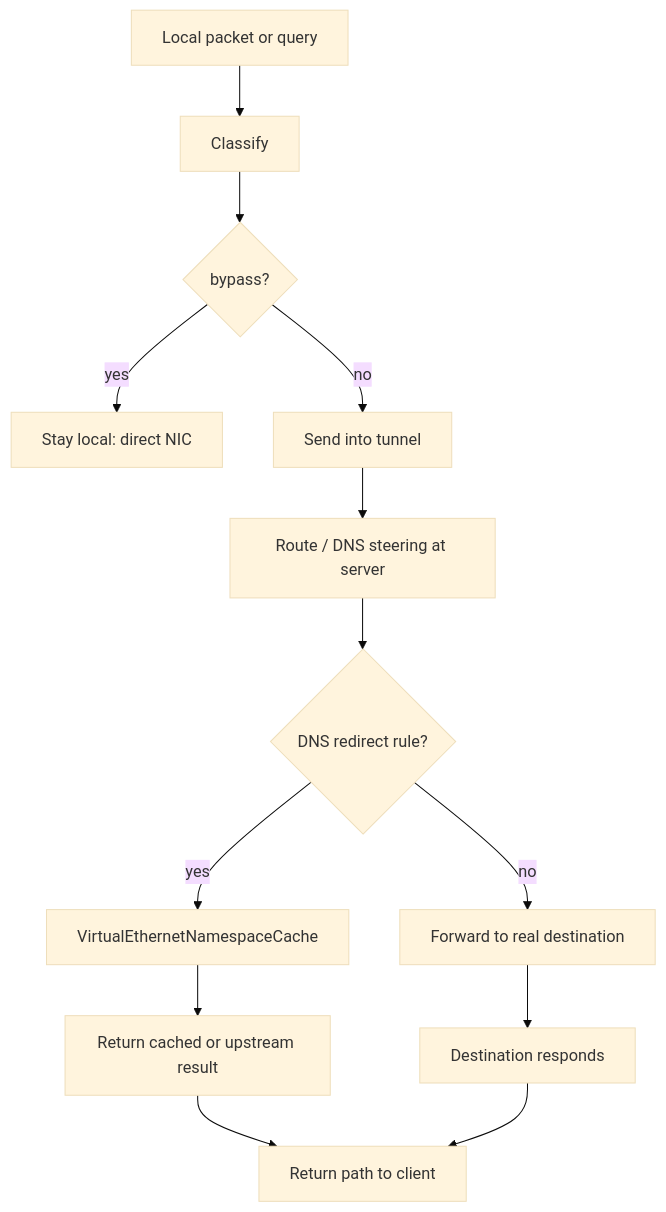
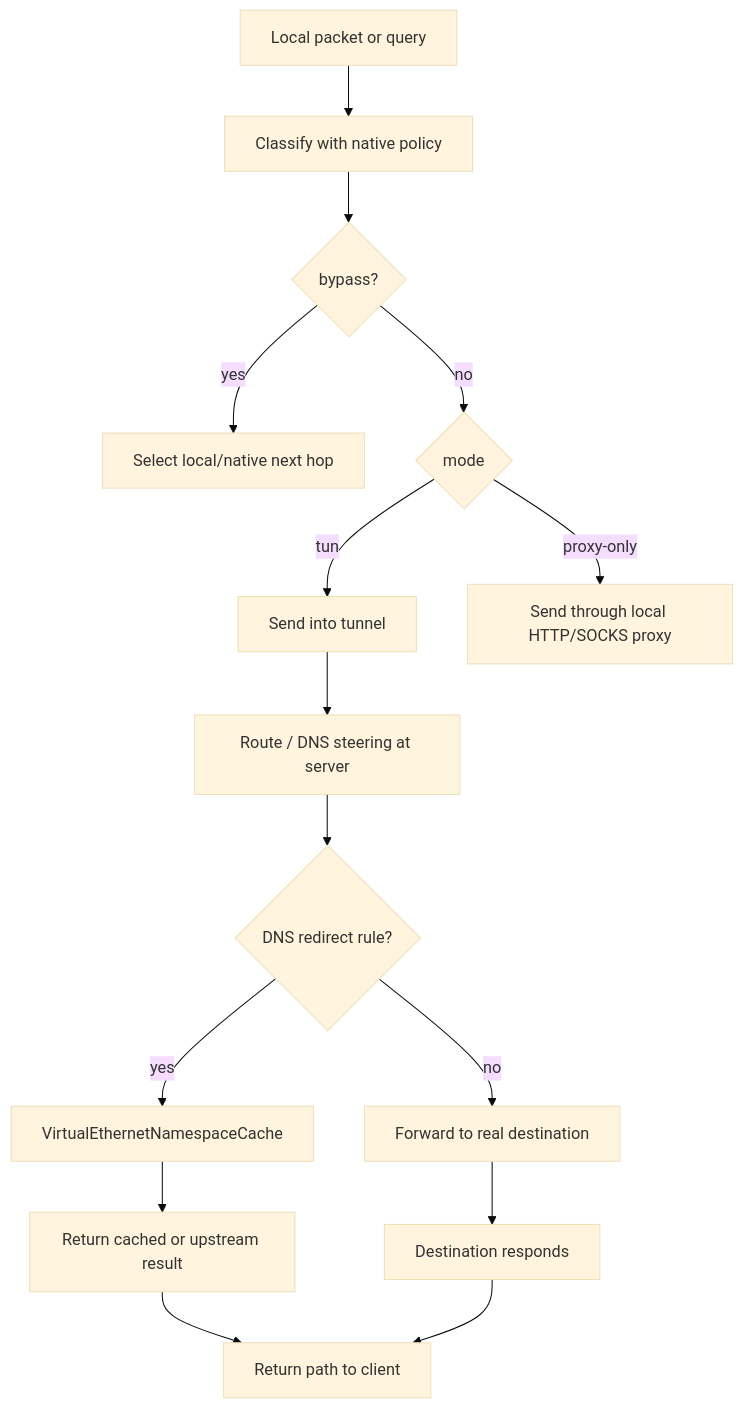
Before and after one commit to rebecca554owen/openppp2: the sixth of 6 diagrams in docs/guides/ROUTING_AND_DNS.md, drawn with Mermaid (base theme). The commit also changed other lines of this file and 34 other files, not shown here.

````diff
--- a/docs/guides/ROUTING_AND_DNS.md
+++ b/docs/guides/ROUTING_AND_DNS.md
@@ -310,15 +370,17 @@
 ```mermaid
 flowchart TD
-    A[Local packet or query] --> B[Classify]
+    A[Local packet or query] --> B[Classify with native policy]
     B --> C{bypass?}
-    C -->|yes| D[Stay local: direct NIC]
-    C -->|no| E[Send into tunnel]
-    E --> F[Route / DNS steering at server]
-    F --> G{DNS redirect rule?}
-    G -->|yes| H[VirtualEthernetNamespaceCache]
-    G -->|no| I[Forward to real destination]
-    H --> J[Return cached or upstream result]
-    I --> K[Destination responds]
-    J --> L[Return path to client]
-    K --> L
+    C -->|yes| D[Select local/native next hop]
+    C -->|no| E{mode}
+    E -->|tun| F[Send into tunnel]
+    E -->|proxy-only| G[Send through local HTTP/SOCKS proxy]
+    F --> H[Route / DNS steering at server]
+    H --> I{DNS redirect rule?}
+    I -->|yes| J[VirtualEthernetNamespaceCache]
+    I -->|no| K[Forward to real destination]
+    J --> L[Return cached or upstream result]
+    K --> M[Destination responds]
+    L --> N[Return path to client]
+    M --> N
 ```
````
